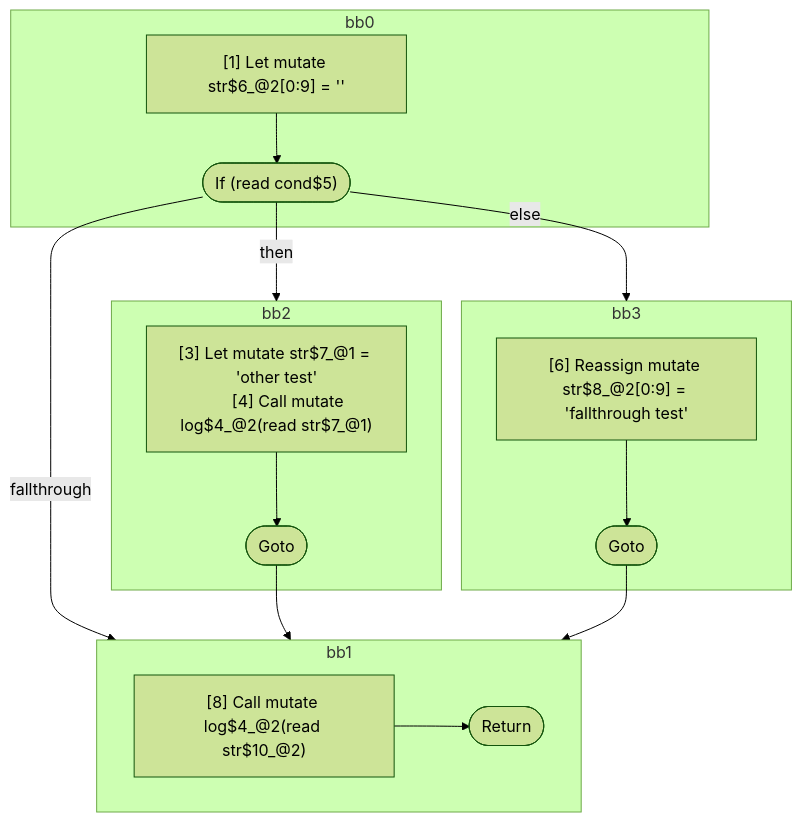
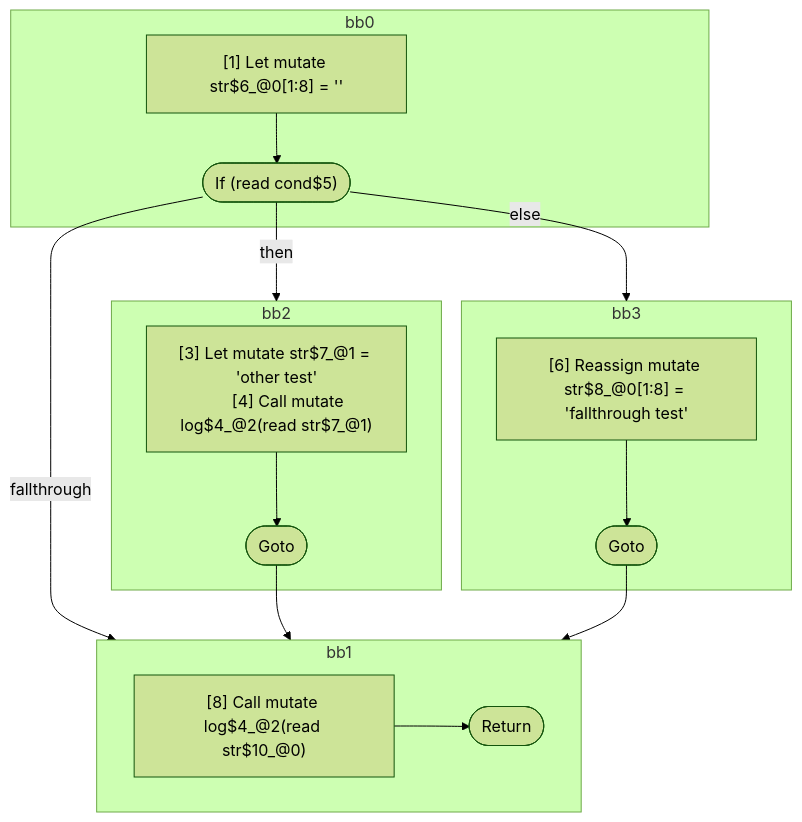
The second of 2 diagrams in compiler/forget/src/__tests__/fixtures/hir/ssa-shadowing.expect.md (wutsmog/private), drawn with Mermaid (forest theme) before and after one commit. The commit also changed other lines of this file and 9 other files, not shown here.

````diff
--- a/compiler/forget/src/__tests__/fixtures/hir/ssa-shadowing.expect.md
+++ b/compiler/forget/src/__tests__/fixtures/hir/ssa-shadowing.expect.md
@@ -70,37 +70,37 @@
 ```mermaid
 flowchart TB
   %% Basic Blocks
   subgraph bb0
     bb0_instrs["
-      [1] Let mutate str$6_@2[0:9] = ''
+      [1] Let mutate str$6_@0[1:8] = ''
     "]
     bb0_instrs --> bb0_terminal(["If (read cond$5)"])
   end
   subgraph bb2
     bb2_instrs["
       [3] Let mutate str$7_@1 = 'other test'
       [4] Call mutate log$4_@2(read str$7_@1)
     "]
     bb2_instrs --> bb2_terminal(["Goto"])
   end
   subgraph bb3
     bb3_instrs["
-      [6] Reassign mutate str$8_@2[0:9] = 'fallthrough test'
+      [6] Reassign mutate str$8_@0[1:8] = 'fallthrough test'
     "]
     bb3_instrs --> bb3_terminal(["Goto"])
   end
   subgraph bb1
     bb1_instrs["
-      [8] Call mutate log$4_@2(read str$10_@2)
+      [8] Call mutate log$4_@2(read str$10_@0)
     "]
     bb1_instrs --> bb1_terminal(["Return"])
   end
 
   %% Jumps
   bb0_terminal -- "then" --> bb2
   bb0_terminal -- "else" --> bb3
   bb0_terminal -- "fallthrough" --> bb1
   bb2_terminal --> bb1
   bb3_terminal --> bb1
 
 ```
````
